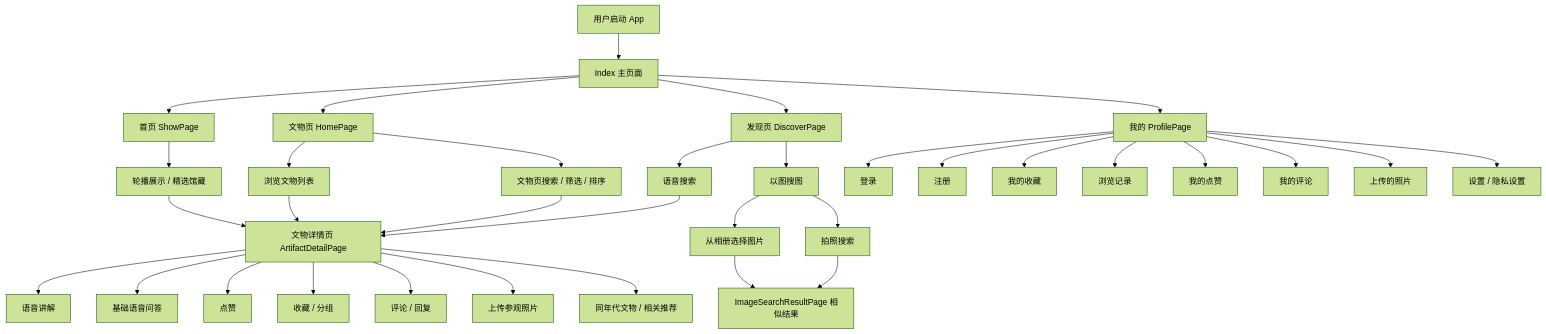
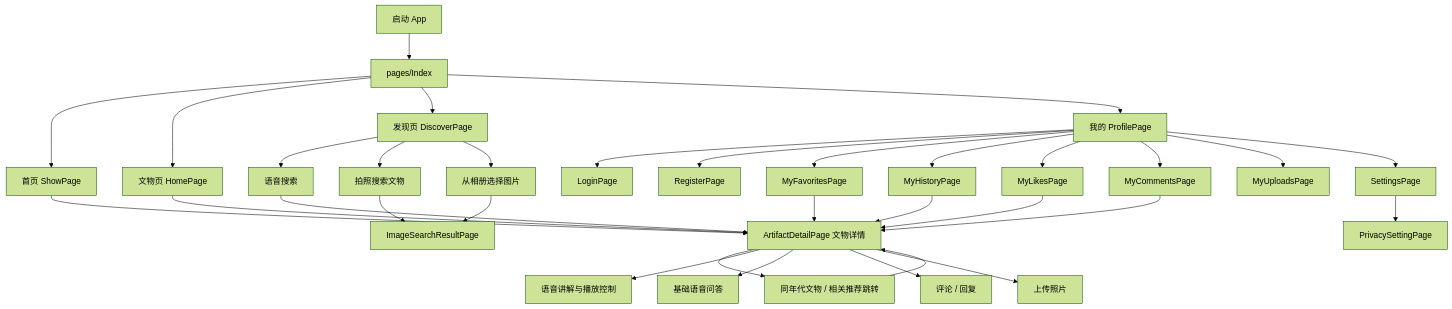
Before and after one commit to BUCT-CS2301/PalmMuseum: the second of 18 diagrams in Doc/需求规格说明书.md, drawn with Mermaid (forest theme). The commit also changed other lines of this file, not shown here.

````diff
--- a/Doc/需求规格说明书.md
+++ b/Doc/需求规格说明书.md
@@ -198,41 +150,41 @@
 ```mermaid
 flowchart TD
-    Start["用户启动 App"] --> Index["Index 主页面"]
+    Start["启动 App"] --> Index["pages/Index"]
+
     Index --> Show["首页 ShowPage"]
-    Index --> Relic["文物页 HomePage"]
+    Index --> Home["文物页 HomePage"]
     Index --> Discover["发现页 DiscoverPage"]
     Index --> Profile["我的 ProfilePage"]
 
-    Show --> Showcase["轮播展示 / 精选馆藏"]
-    Showcase --> Detail["文物详情页 ArtifactDetailPage"]
-
-    Relic --> Browse["浏览文物列表"]
-    Relic --> Search["文物页搜索 / 筛选 / 排序"]
-    Browse --> Detail
-    Search --> Detail
+    Show --> Detail["ArtifactDetailPage 文物详情"]
+    Home --> Detail
+    Detail --> Detail2["同年代文物 / 相关推荐跳转"]
+    Detail2 --> Detail
 
     Discover --> VoiceSearch["语音搜索"]
-    Discover --> ImageSearch["以图搜图"]
     VoiceSearch --> Detail
-    ImageSearch --> Album["从相册选择图片"]
-    ImageSearch --> Camera["拍照搜索"]
-    Album --> ImageResult["ImageSearchResultPage 相似结果"]
-    Camera --> ImageResult
+    Discover --> Camera["拍照搜索文物"]
+    Discover --> Album["从相册选择图片"]
+    Camera --> ImageResult["ImageSearchResultPage"]
+    Album --> ImageResult
 
-    Detail --> VoiceGuide["语音讲解"]
+    Detail --> VoiceGuide["语音讲解与播放控制"]
     Detail --> VoiceQA["基础语音问答"]
-    Detail --> Like["点赞"]
-    Detail --> Favorite["收藏 / 分组"]
     Detail --> Comment["评论 / 回复"]
-    Detail --> Upload["上传参观照片"]
-    Detail --> Related["同年代文物 / 相关推荐"]
+    Detail --> Upload["上传照片"]
 
-    Profile --> Login["登录"]
-    Profile --> Register["注册"]
-    Profile --> MyFavorites["我的收藏"]
-    Profile --> MyHistory["浏览记录"]
-    Profile --> MyLikes["我的点赞"]
-    Profile --> MyComments["我的评论"]
-    Profile --> MyUploads["上传的照片"]
-    Profile --> Settings["设置 / 隐私设置"]
+    Profile --> Login["LoginPage"]
+    Profile --> Register["RegisterPage"]
+    Profile --> Favorites["MyFavoritesPage"]
+    Profile --> History["MyHistoryPage"]
+    Profile --> Likes["MyLikesPage"]
+    Profile --> Comments["MyCommentsPage"]
+    Profile --> Uploads["MyUploadsPage"]
+    Profile --> Settings["SettingsPage"]
+    Settings --> Privacy["PrivacySettingPage"]
+
+    Favorites --> Detail
+    History --> Detail
+    Likes --> Detail
+    Comments --> Detail
 ```
````
